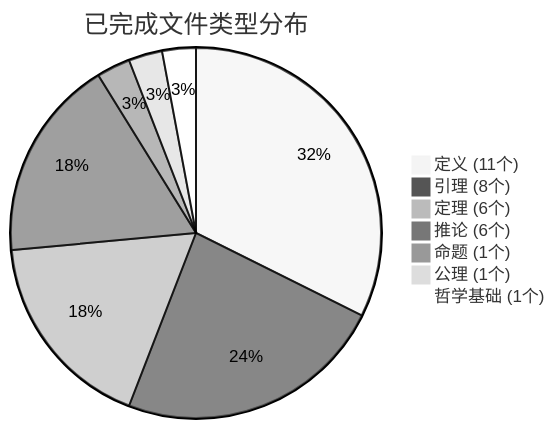
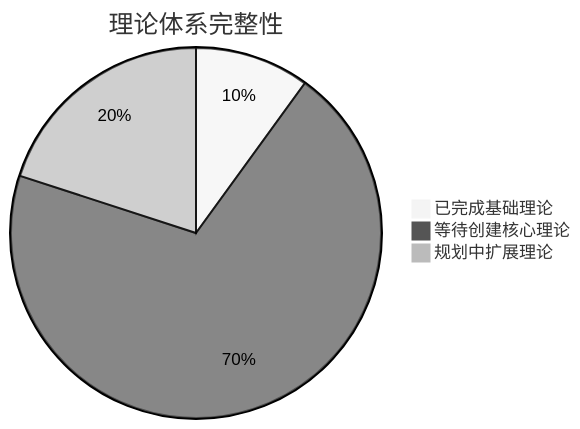
One commit to loning/the-binarymath changed the third of 5 diagrams in docs/binaryuniverse/README.md. Above: the diagram before and after it, drawn with Mermaid (neutral theme). The commit also changed other lines of this file and 1 other file, not shown here.

````diff
--- a/docs/binaryuniverse/README.md
+++ b/docs/binaryuniverse/README.md
@@ -294,10 +245,6 @@
 ```mermaid
-pie title 已完成文件类型分布
-    "定义 (11个)" : 11
-    "引理 (8个)" : 8
-    "定理 (6个)" : 6
-    "推论 (6个)" : 6
-    "命题 (1个)" : 1
-    "公理 (1个)" : 1
-    "哲学基础 (1个)" : 1
+pie title 理论体系完整性
+    "已完成基础理论" : 10
+    "等待创建核心理论" : 70
+    "规划中扩展理论" : 20
 ```
````
